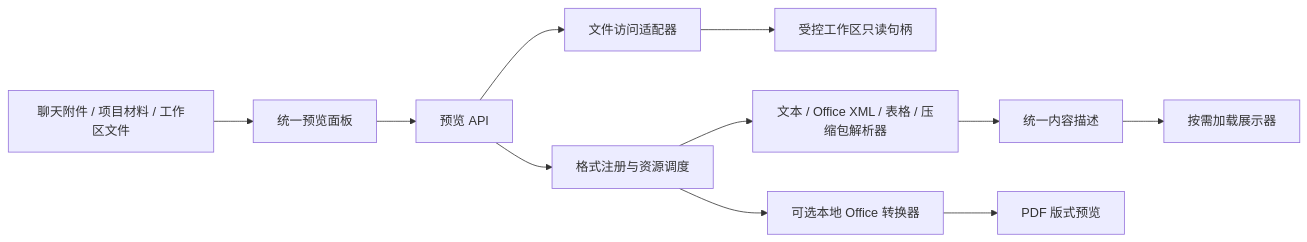
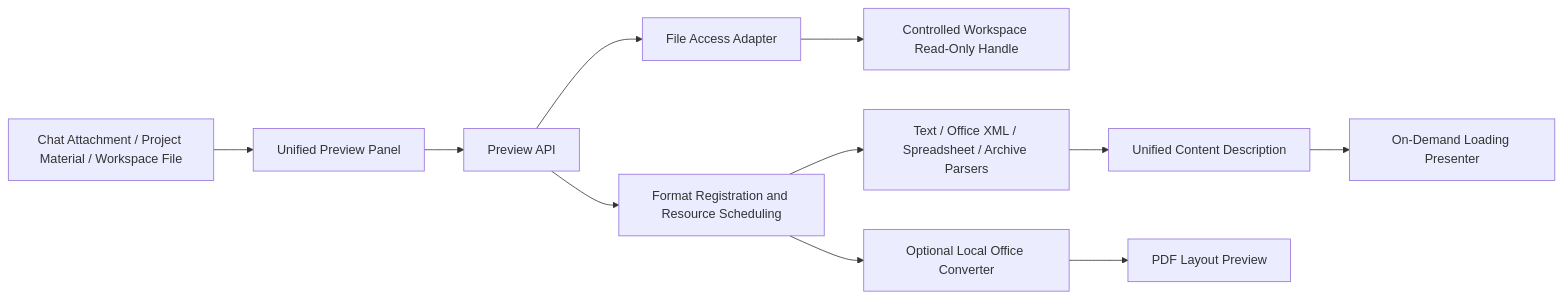
Before and after one commit to GoGoslingCA/gogosling: the diagram in docs/design/content-preview-architecture.md, drawn with Mermaid. The commit also changed other lines of this file and 40 other files, not shown here.

````diff
--- a/docs/design/content-preview-architecture.md
+++ b/docs/design/content-preview-architecture.md
@@ -13,13 +13,13 @@
 ```mermaid
 flowchart LR
-  A[聊天附件 / 项目材料 / 工作区文件] --> B[统一预览面板]
-  B --> C[预览 API]
-  C --> D[文件访问适配器]
-  D --> E[受控工作区只读句柄]
-  C --> F[格式注册与资源调度]
-  F --> G[文本 / Office XML / 表格 / 压缩包解析器]
-  F --> H[可选本地 Office 转换器]
-  G --> I[统一内容描述]
-  I --> J[按需加载展示器]
-  H --> K[PDF 版式预览]
+  A[Chat Attachment / Project Material / Workspace File] --> B[Unified Preview Panel]
+  B --> C[Preview API]
+  C --> D[File Access Adapter]
+  D --> E[Controlled Workspace Read-Only Handle]
+  C --> F[Format Registration and Resource Scheduling]
+  F --> G[Text / Office XML / Spreadsheet / Archive Parsers]
+  F --> H[Optional Local Office Converter]
+  G --> I[Unified Content Description]
+  I --> J[On-Demand Loading Presenter]
+  H --> K[PDF Layout Preview]
 ```
````
